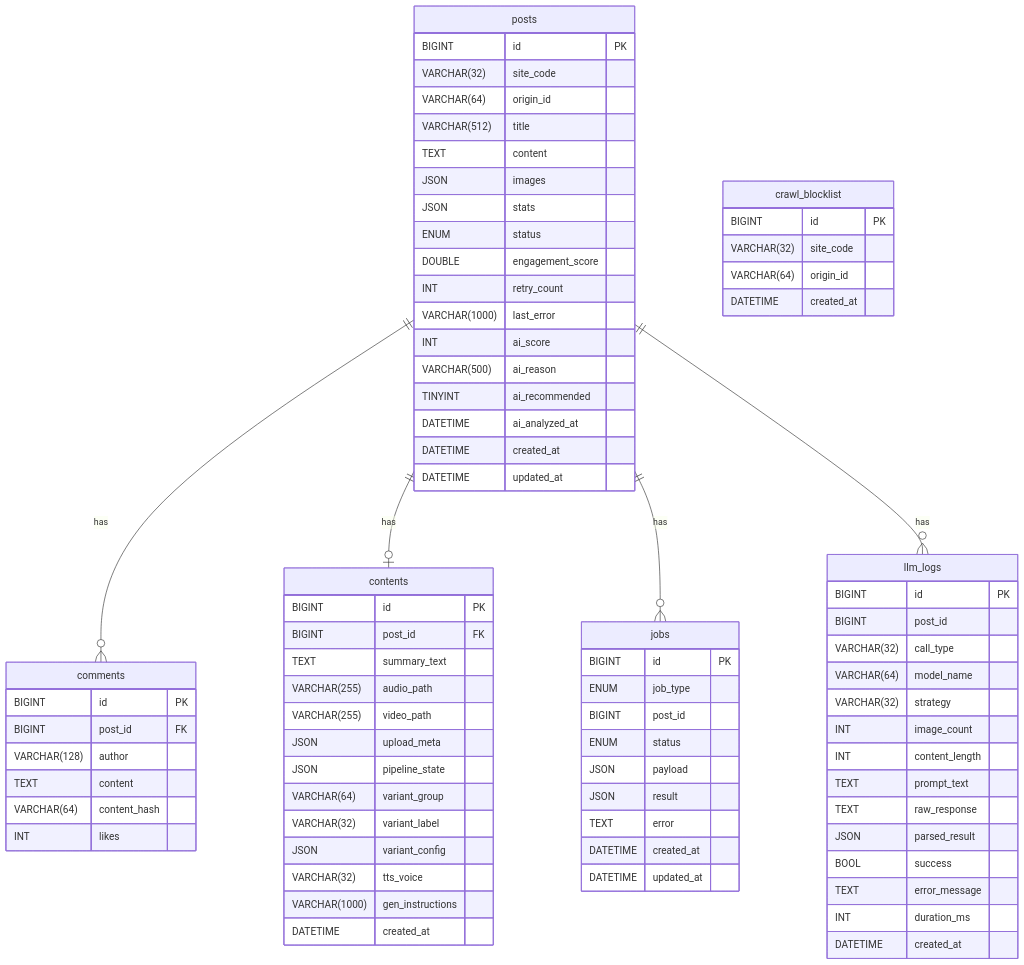
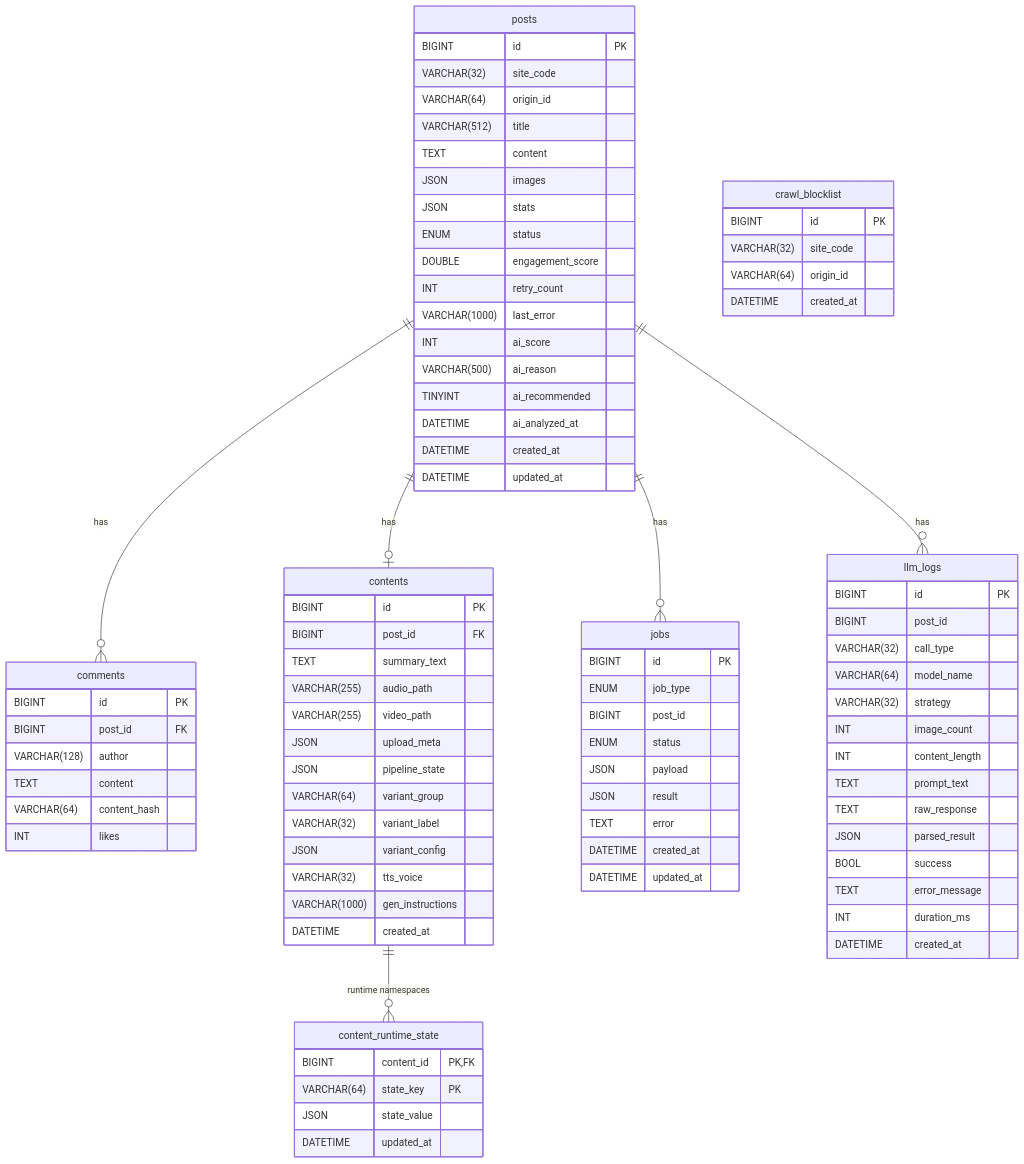
The diagram in docs/40-data/schema.md (Justant-source/WaggleBot), drawn with Mermaid before and after one commit. The commit also changed other lines of this file and 12 other files, not shown here.

````diff
--- a/docs/40-data/schema.md
+++ b/docs/40-data/schema.md
@@ -59,6 +59,13 @@
         DATETIME created_at
     }
 
+    content_runtime_state {
+        BIGINT content_id PK, FK
+        VARCHAR(64) state_key PK
+        JSON state_value
+        DATETIME updated_at
+    }
+
     jobs {
         BIGINT id PK
         ENUM job_type
@@ -97,6 +104,7 @@
 
     posts ||--o{ comments : "has"
     posts ||--o| contents : "has"
+    contents ||--o{ content_runtime_state : "runtime namespaces"
     posts ||--o{ jobs : "has"
     posts ||--o{ llm_logs : "has"
 ```
````
